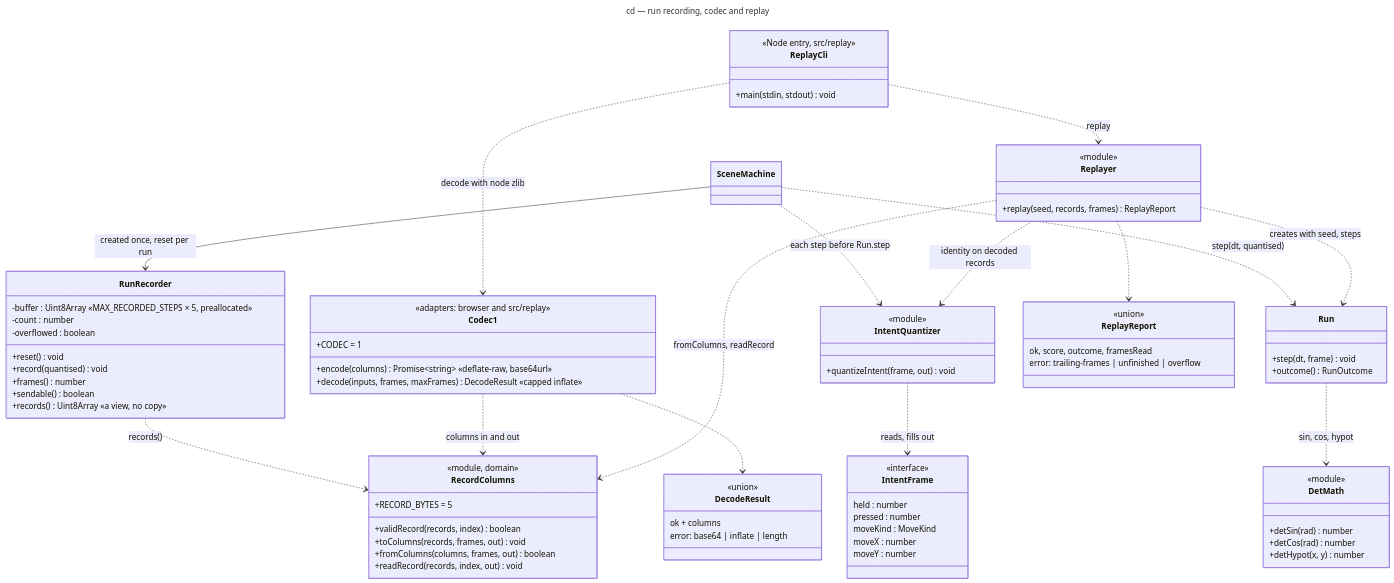
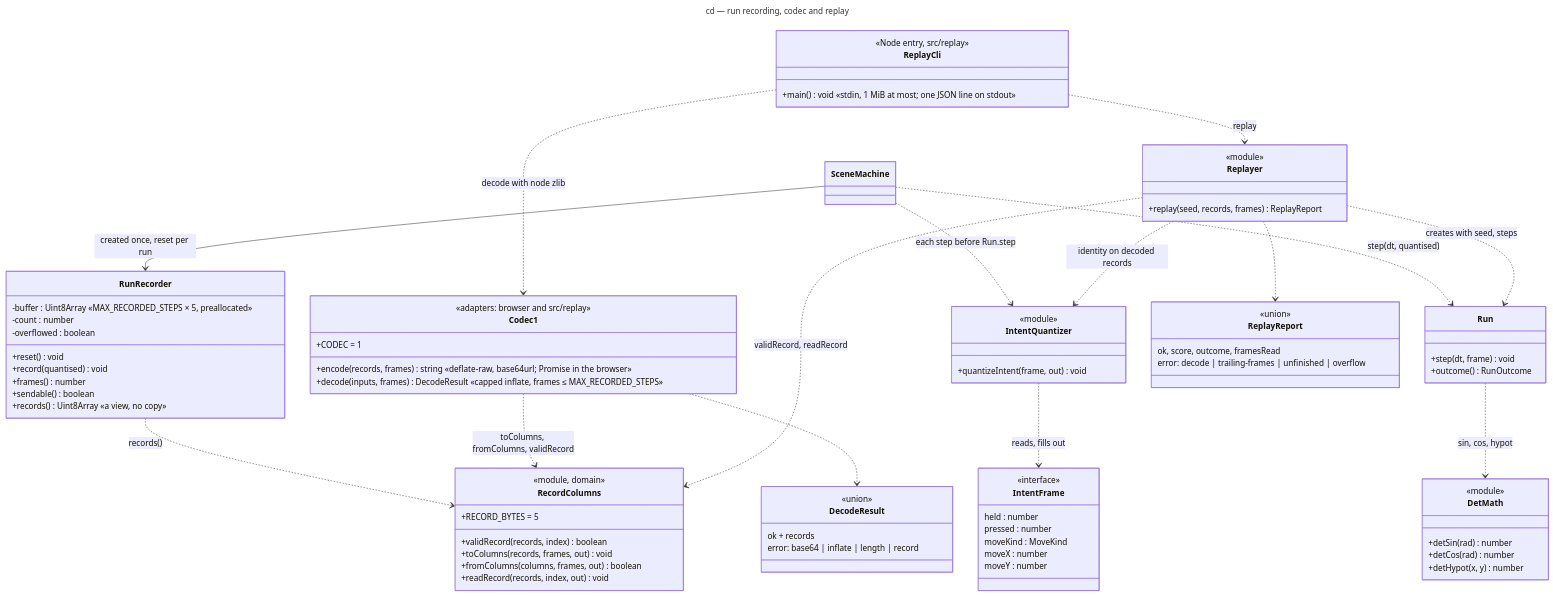
Before and after one commit to benoit-bremaud/retro-shmup: the diagram in docs/architecture/diagrams/gameplay/04-class-run-recording.md, drawn with Mermaid. The commit also changed other lines of this file and 3 other files, not shown here.

First line of the commit message:
feat(game): typed codec 1 decode errors, class diagram aligned (#167)

```diff
--- a/docs/architecture/diagrams/gameplay/04-class-run-recording.md
+++ b/docs/architecture/diagrams/gameplay/04-class-run-recording.md
@@ -52,13 +52,13 @@
   class Codec1 {
     <<adapters: browser and src/replay>>
     +CODEC = 1
-    +encode(columns) Promise~string~ «deflate-raw, base64url»
-    +decode(inputs, frames, maxFrames) DecodeResult «capped inflate»
+    +encode(records, frames) string «deflate-raw, base64url; Promise in the browser»
+    +decode(inputs, frames) DecodeResult «capped inflate, frames ≤ MAX_RECORDED_STEPS»
   }
   class DecodeResult {
     <<union>>
-    ok + columns
-    error: base64 | inflate | length
+    ok + records
+    error: base64 | inflate | length | record
   }
   class DetMath {
     <<module>>
@@ -77,11 +77,11 @@
   class ReplayReport {
     <<union>>
     ok, score, outcome, framesRead
-    error: trailing-frames | unfinished | overflow
+    error: decode | trailing-frames | unfinished | overflow
   }
   class ReplayCli {
     <<Node entry, src/replay>>
-    +main(stdin, stdout) void
+    +main() void «stdin, 1 MiB at most; one JSON line on stdout»
   }
   class SceneMachine
 
@@ -90,9 +90,9 @@
   SceneMachine ..> Run : step(dt, quantised)
   IntentQuantizer ..> IntentFrame : reads, fills out
   RunRecorder ..> RecordColumns : records()
-  Codec1 ..> RecordColumns : columns in and out
+  Codec1 ..> RecordColumns : toColumns, fromColumns, validRecord
   Run ..> DetMath : sin, cos, hypot
-  Replayer ..> RecordColumns : fromColumns, readRecord
+  Replayer ..> RecordColumns : validRecord, readRecord
   Replayer ..> IntentQuantizer : identity on decoded records
   Replayer ..> Run : creates with seed, steps
   ReplayCli ..> Codec1 : decode with node zlib
```
